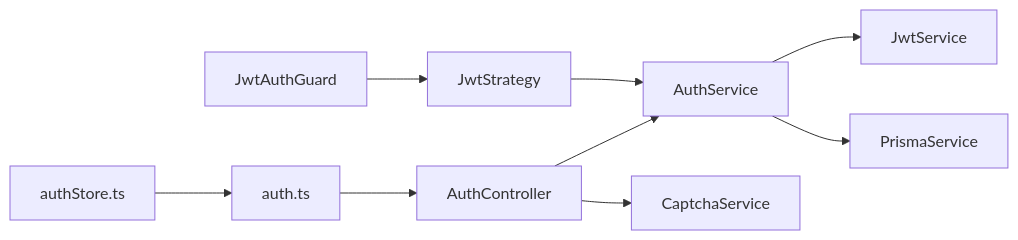
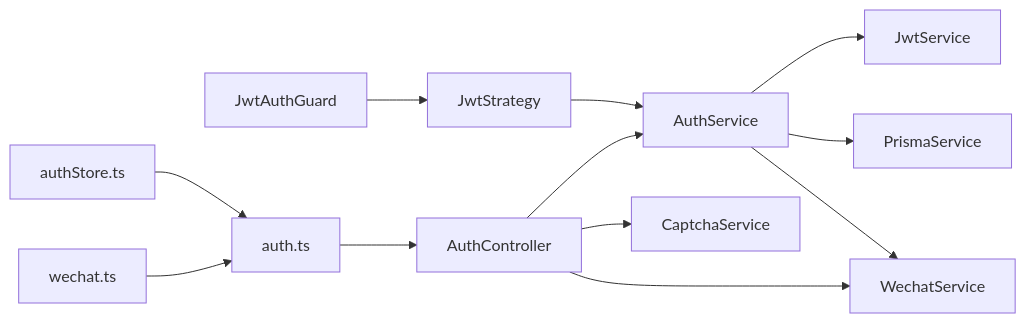
One commit to lsqwawa/free-dress changed the eighth of 8 diagrams in .qoder/repowiki/zh/content/API接口文档/认证接口.md. Above: the diagram before and after it, drawn with Mermaid. The commit also changed other lines of this file and 71 other files, not shown here.

````diff
--- a/.qoder/repowiki/zh/content/API接口文档/认证接口.md
+++ b/.qoder/repowiki/zh/content/API接口文档/认证接口.md
@@ -318,11 +488,14 @@
 ```mermaid
 graph LR
 AC["AuthController"] --> AS["AuthService"]
 AC --> CS["CaptchaService"]
+AC --> WS["WechatService"]
 AS --> JWT["JwtService"]
 AS --> PRISMA["PrismaService"]
+AS --> WS
 JAG["JwtAuthGuard"] --> STRAT["JwtStrategy"]
 STRAT --> AS
 API["auth.ts"] --> AC
 STORE["authStore.ts"] --> API
+WXS["wechat.ts"] --> API
 ```
````
